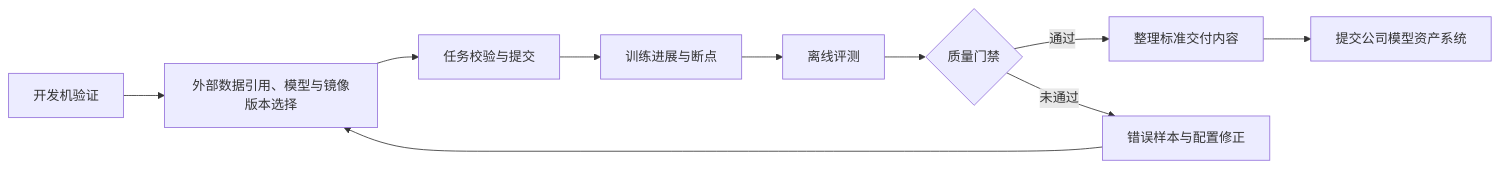
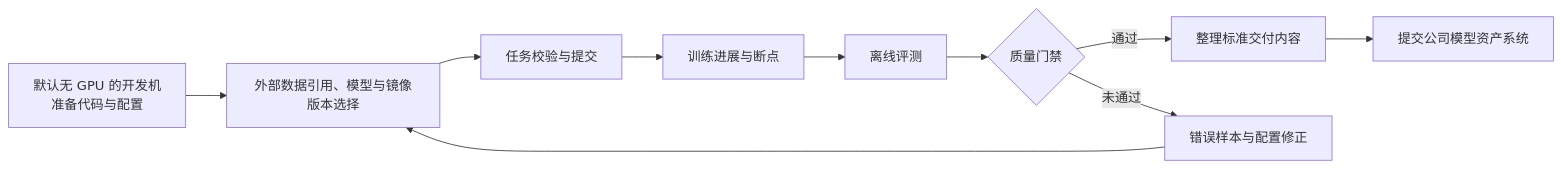
One commit to gqcn/ltp changed the first of 3 diagrams in docs/平台规划/0-大模型训练平台规划.md. Above: the diagram before and after it, drawn with Mermaid. The commit also changed other lines of this file and 7 other files, not shown here.

````diff
--- a/docs/平台规划/0-大模型训练平台规划.md
+++ b/docs/平台规划/0-大模型训练平台规划.md
@@ -30,12 +30,12 @@
 ```mermaid
 flowchart LR
-    A["开发机验证"] --> B["外部数据引用、模型与镜像版本选择"]
+    A["默认无 GPU 的开发机<br/>准备代码与配置"] --> B["外部数据引用、模型与镜像版本选择"]
     B --> C["任务校验与提交"]
     C --> D["训练进展与断点"]
     D --> E["离线评测"]
     E --> F{"质量门禁"}
     F -->|"通过"| G["整理标准交付内容"]
     G --> H["提交公司模型资产系统"]
     F -->|"未通过"| I["错误样本与配置修正"]
     I --> B
 ```
````
